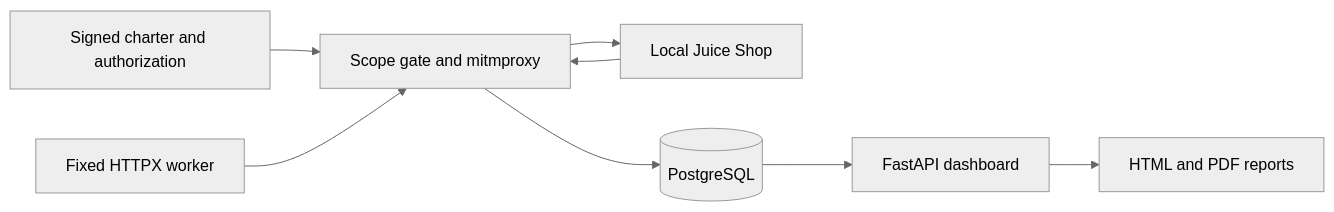
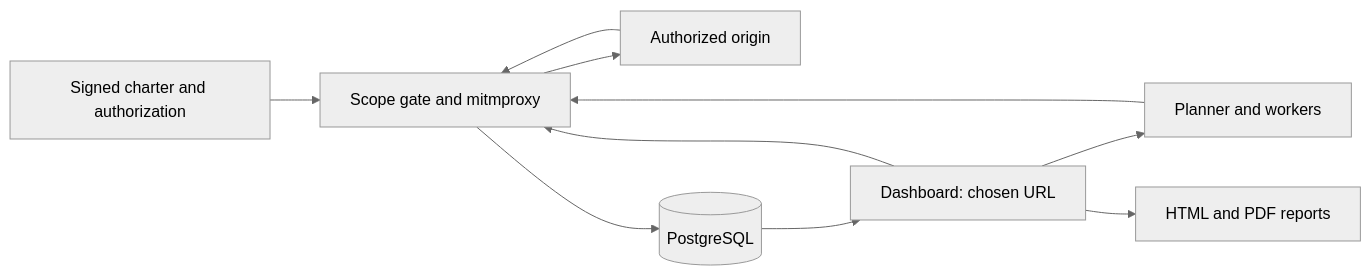
Before and after one commit to AnthonyElDebs/charter: the diagram in README.md, drawn with Mermaid (neutral theme). The commit also changed other lines of this file and 34 other files, not shown here.

First line of the commit message:
Add the Phase 2 autonomous planner and operator-chosen targets (#1)

````diff
--- a/README.md
+++ b/README.md
@@ -49,10 +76,12 @@
 ```mermaid
 flowchart LR
   A[Signed charter and authorization] --> P[Scope gate and mitmproxy]
-  W[Fixed HTTPX worker] --> P
-  P --> J[Local Juice Shop]
-  J --> P
+  U[Dashboard: chosen URL] --> P
+  U --> L[Planner and workers]
+  L --> P
+  P --> T[Authorized origin]
+  T --> P
   P --> DB[(PostgreSQL)]
-  DB --> U[FastAPI dashboard]
+  DB --> U
   U --> R[HTML and PDF reports]
 ```
````
